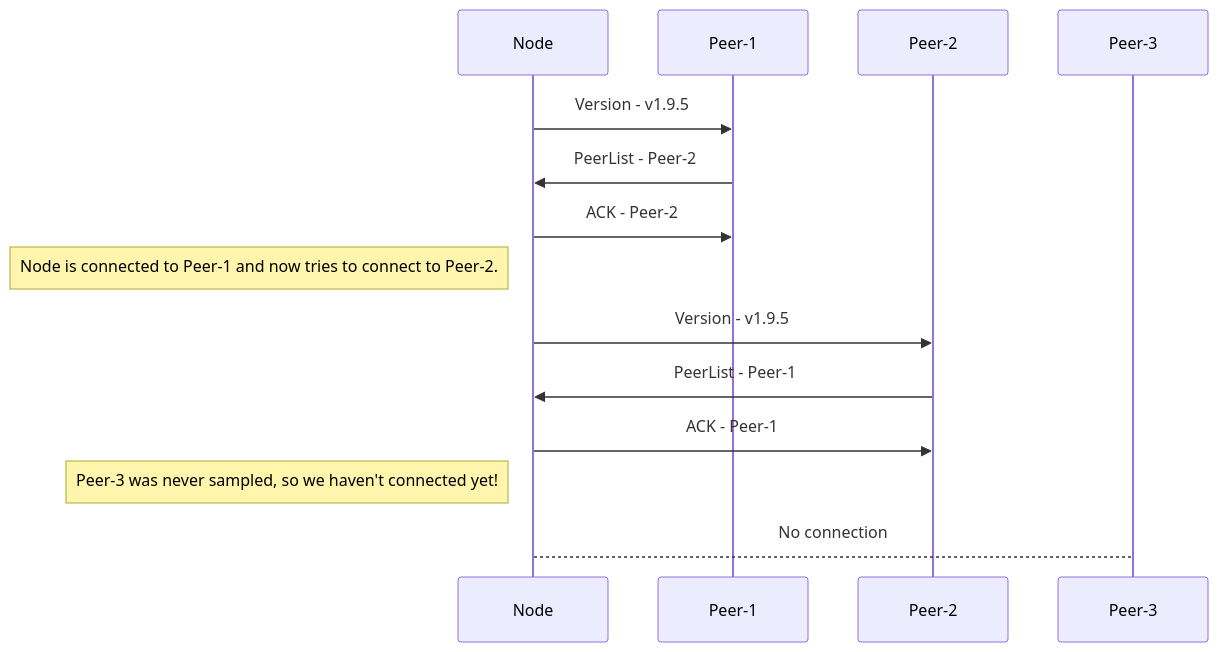
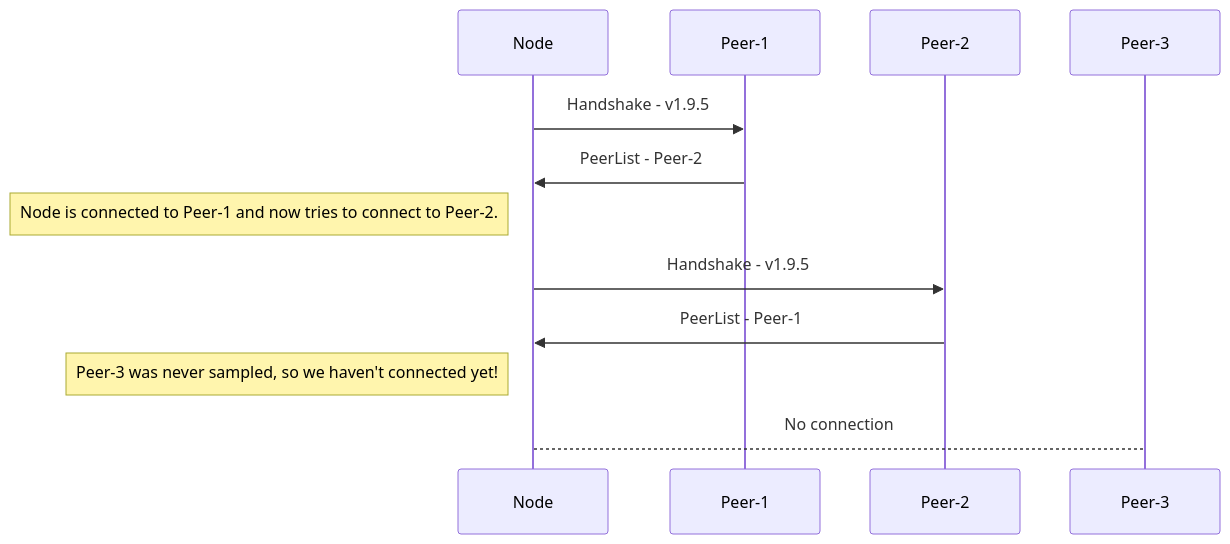
Before and after one commit to flare-foundation/go-flare: the fourth of 5 diagrams in avalanchego/network/README.md, drawn with Mermaid. The commit also changed other lines of this file and 2405 other files, not shown here.

````diff
--- a/avalanchego/network/README.md
+++ b/avalanchego/network/README.md
@@ -91,12 +90,10 @@
 ```mermaid
 sequenceDiagram
-Node ->> Peer-1: Version - v1.9.5
+Node ->> Peer-1: Handshake - v1.9.5
 Peer-1 ->> Node: PeerList - Peer-2
-Node ->> Peer-1: ACK - Peer-2
 Note left of Node: Node is connected to Peer-1 and now tries to connect to Peer-2.
-Node ->> Peer-2: Version - v1.9.5
+Node ->> Peer-2: Handshake - v1.9.5
 Peer-2 ->> Node: PeerList - Peer-1
-Node ->> Peer-2: ACK - Peer-1
 Note left of Node: Peer-3 was never sampled, so we haven't connected yet!
 Node --> Peer-3: No connection
 ```
````
